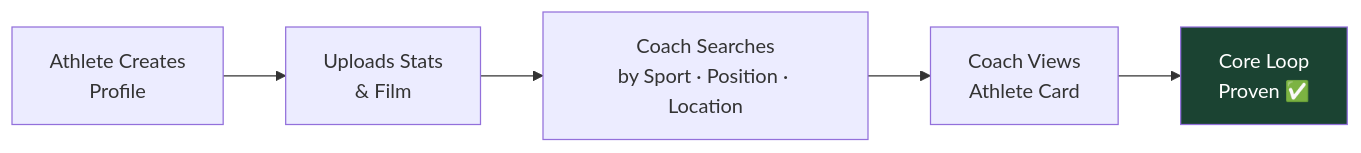
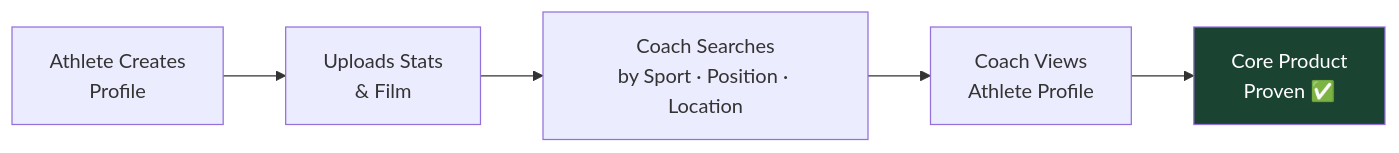
Before and after one commit to huttonbenj/The-Prowler: diagram 13 of 13 in STRATEGY.md, drawn with Mermaid. The commit also changed other lines of this file and 1 other file, not shown here.

````diff
--- a/STRATEGY.md
+++ b/STRATEGY.md
@@ -673,9 +526,9 @@
 ```mermaid
 flowchart LR
     A["Athlete Creates<br/>Profile"] --> B["Uploads Stats<br/>& Film"]
     B --> C["Coach Searches<br/>by Sport · Position · Location"]
-    C --> D["Coach Views<br/>Athlete Card"]
-    D --> E["Core Loop<br/>Proven ✅"]
+    C --> D["Coach Views<br/>Athlete Profile"]
+    D --> E["Core Product<br/>Proven ✅"]
 
     style E fill:#1b4332,color:#fff
 ```
````
